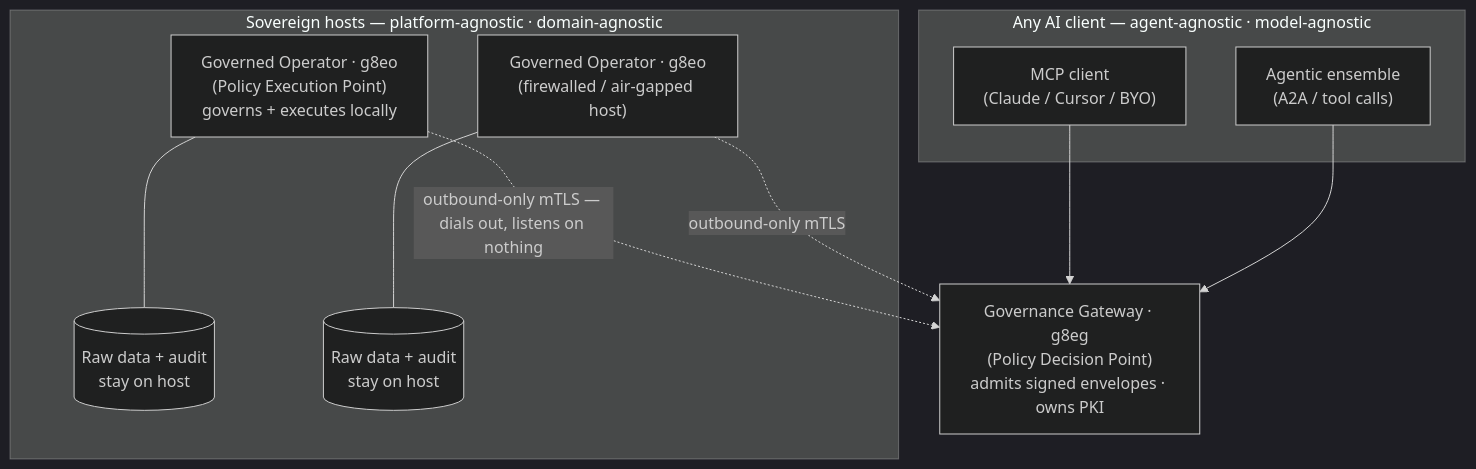
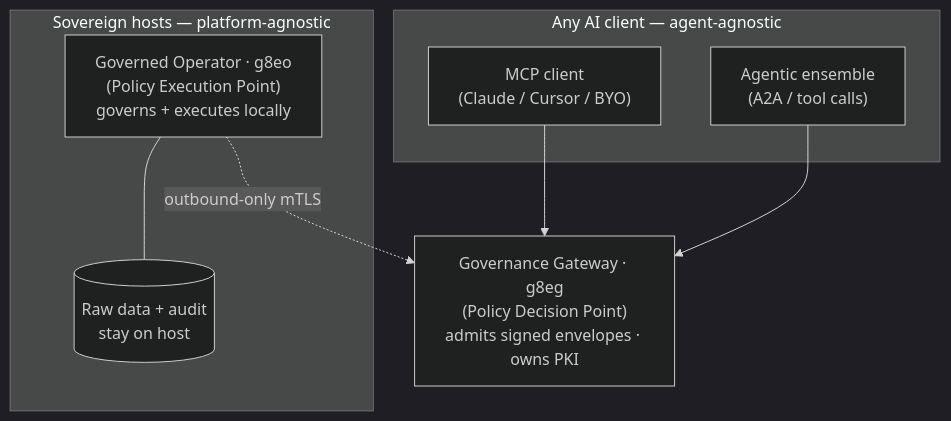
The diagram in README.md (g8e-ai/g8e), drawn with Mermaid (dark theme) before and after one commit. The commit also changed other lines of this file and 106 other files, not shown here.

````diff
--- a/README.md
+++ b/README.md
@@ -51,23 +57,19 @@
 ```mermaid
 graph TD
-    subgraph Clients ["Any AI client — agent-agnostic · model-agnostic"]
+    subgraph Clients ["Any AI client — agent-agnostic"]
         C1["MCP client<br/>(Claude / Cursor / BYO)"]
         C2["Agentic ensemble<br/>(A2A / tool calls)"]
     end
 
     GW["Governance Gateway · g8eg<br/>(Policy Decision Point)<br/>admits signed envelopes · owns PKI"]
 
-    subgraph Fleet ["Sovereign hosts — platform-agnostic · domain-agnostic"]
+    subgraph Fleet ["Sovereign hosts — platform-agnostic"]
         O1["Governed Operator · g8eo<br/>(Policy Execution Point)<br/>governs + executes locally"]
         D1[("Raw data + audit<br/>stay on host")]
-        O2["Governed Operator · g8eo<br/>(firewalled / air-gapped host)"]
-        D2[("Raw data + audit<br/>stay on host")]
         O1 --- D1
-        O2 --- D2
     end
 
     C1 --> GW
     C2 --> GW
-    O1 -. "outbound-only mTLS — dials out, listens on nothing" .-> GW
-    O2 -. "outbound-only mTLS" .-> GW
+    O1 -. "outbound-only mTLS" .-> GW
 ```
````
